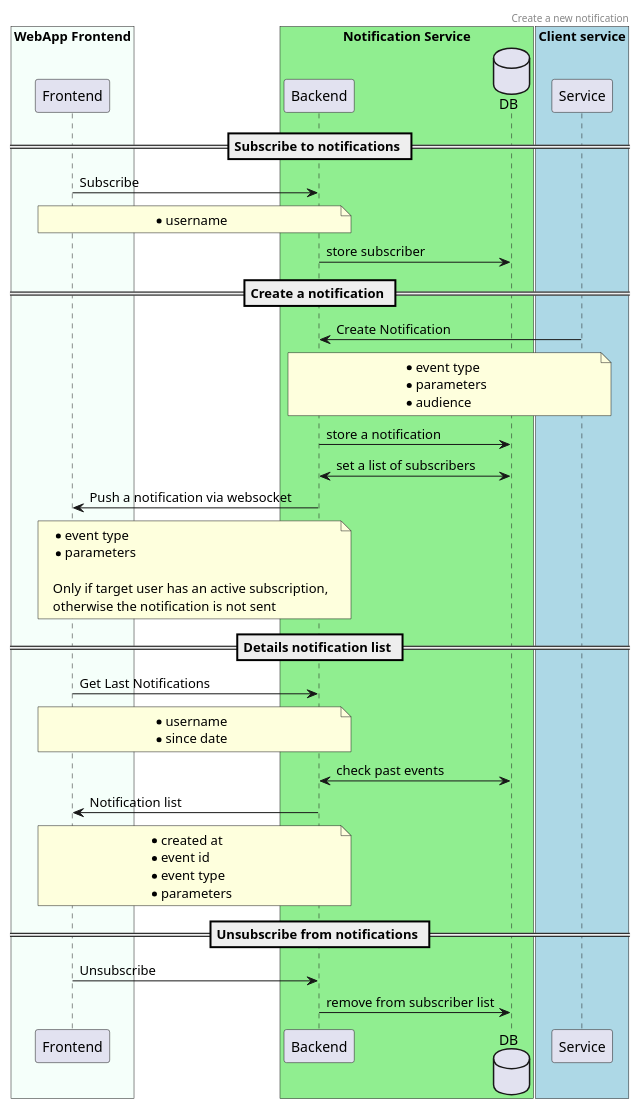
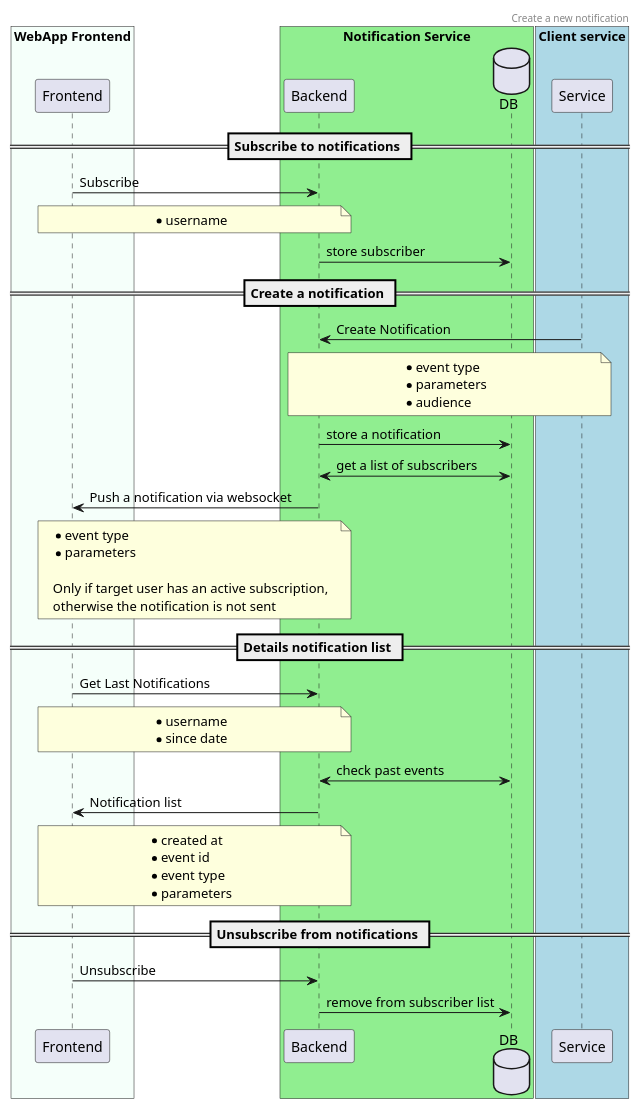
One commit to ngraczykowski/iris-root changed the first of 2 diagrams in modules/webapp/sens-webapp-documentation/src/docs/asciidoc/hld/2020-08-24_notification-service.adoc. Above: the diagram before and after it, drawn with PlantUML. The commit also changed other lines of this file, not shown here.

Commit message:
INTERNAL: Update HLD for Notification Service

```diff
--- a/modules/webapp/sens-webapp-documentation/src/docs/asciidoc/hld/2020-08-24_notification-service.adoc
+++ b/modules/webapp/sens-webapp-documentation/src/docs/asciidoc/hld/2020-08-24_notification-service.adoc
@@ -6,78 +6,78 @@
-[plantuml,bo-gets-list-of-discrepant-branches,svg]
+[plantuml,notification-service-flow,svg]
 -----
 @startuml
 header Create a new notification
 
 box "WebApp Frontend" #MintCream
     participant Frontend as "Frontend"
 end box
 
 box "Notification Service" #LightGreen
     participant Backend as "Backend"
     database db as "DB"
 end box
 
 box "Client service" #LightBlue
     participant S as "Service" order 5
 end box
 
 == Subscribe to notifications ==
 Frontend -> Backend : Subscribe
 
 note over Backend, Frontend
     * username
 end note
 
 Backend -> db : store subscriber
 
 
 == Create a notification ==
 
 S -> Backend : Create Notification
 note over S, Backend
     * event type
     * parameters
     * audience
 end note
 Backend -> db : store a notification
 
-Backend <-> db : set a list of subscribers
+Backend <-> db : get a list of subscribers
 
 Backend -> Frontend : Push a notification via websocket
 note over Backend, Frontend
     * event type
     * parameters
 
     Only if target user has an active subscription,
     otherwise the notification is not sent
 end note
 
 
 == Details notification list ==
 
 Frontend -> Backend : Get Last Notifications
 note over Backend, Frontend
     * username
     * since date
 end note
 
 
 Backend <-> db : check past events
 
 Backend -> Frontend : Notification list
 note over Backend, Frontend
     * created at
     * event id
     * event type
     * parameters
 end note
 
 
 == Unsubscribe from notifications ==
 
 Frontend -> Backend : Unsubscribe
 Backend -> db : remove from subscriber list
 
 
 @enduml
 -----
```
